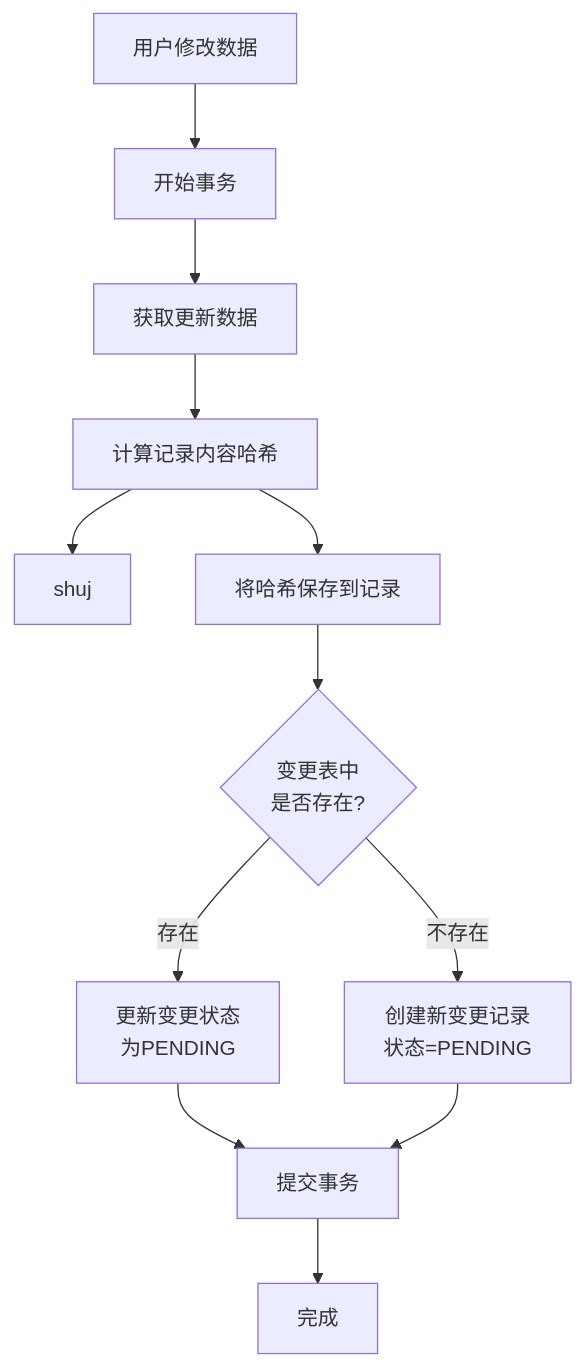
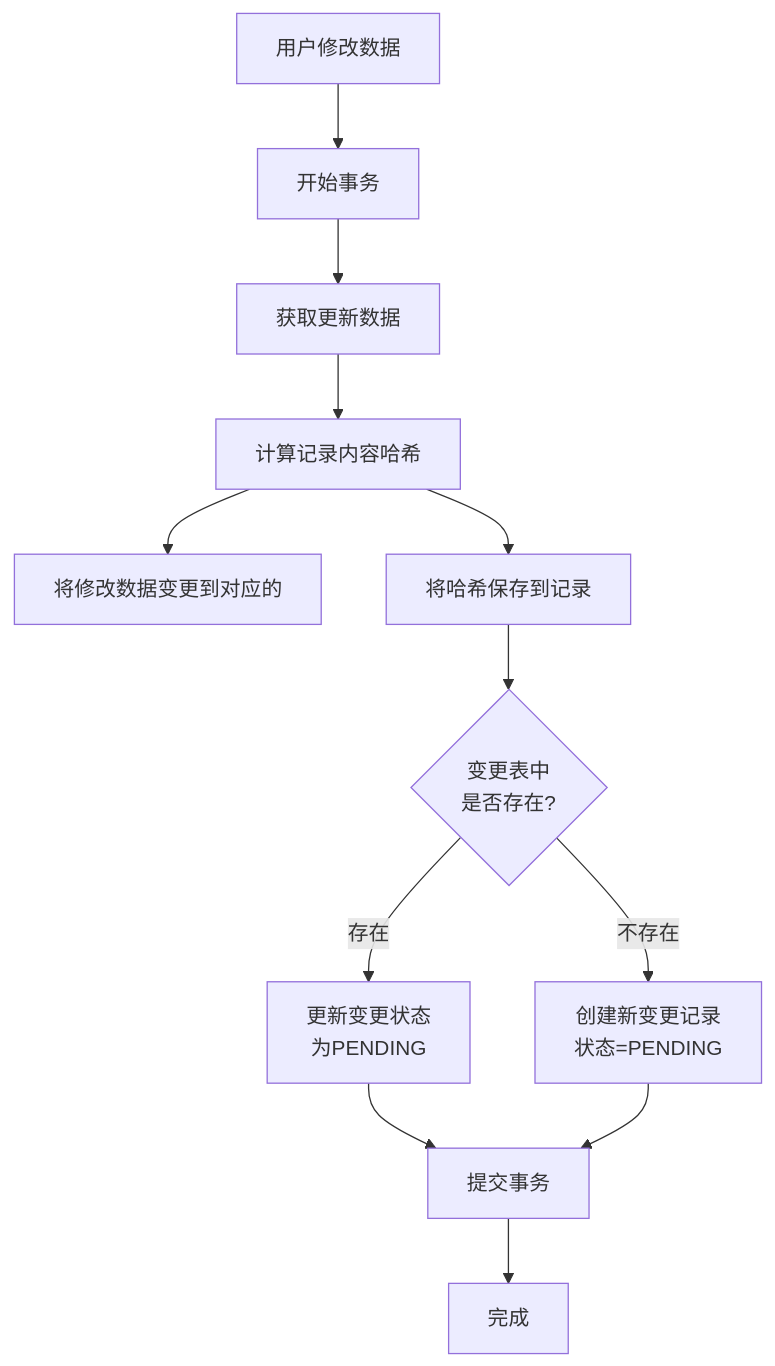
One commit to yingjianzh/iodraw-files changed the diagram in all/未命名-42.md. Above: the diagram before and after it, drawn with Mermaid.

Commit message:
2025-04-24 15:27:13 update

````diff
--- a/all/未命名-42.md
+++ b/all/未命名-42.md
@@ -1,16 +1,16 @@
 ```mermaid
 flowchart TD
     Start[用户修改数据] --> StartTransaction[开始事务]
     StartTransaction --> UpdateRecord[获取更新数据]
     UpdateRecord --> ComputeHash[计算记录内容哈希]
-    ComputeHash --> C[shuj ]
+    ComputeHash --> C[将修改数据变更到对应的]
     ComputeHash --> SaveHash[将哈希保存到记录]
     
     SaveHash --> CheckChangeExists{变更表中\n是否存在?}
     CheckChangeExists -- 存在 --> UpdateChange[更新变更状态\n为PENDING]
     CheckChangeExists -- 不存在 --> CreateChange[创建新变更记录\n状态=PENDING]
     
     UpdateChange --> CommitTransaction[提交事务]
     CreateChange --> CommitTransaction
     CommitTransaction --> End[完成]
 ```
````
